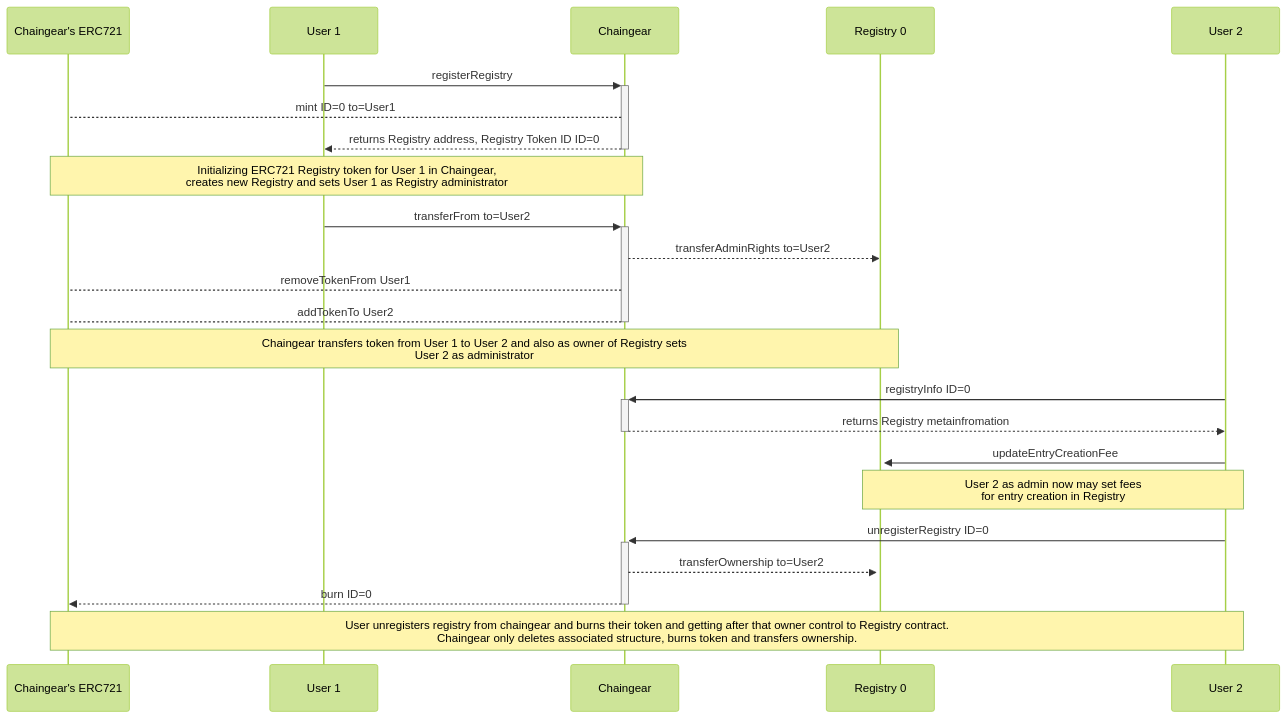
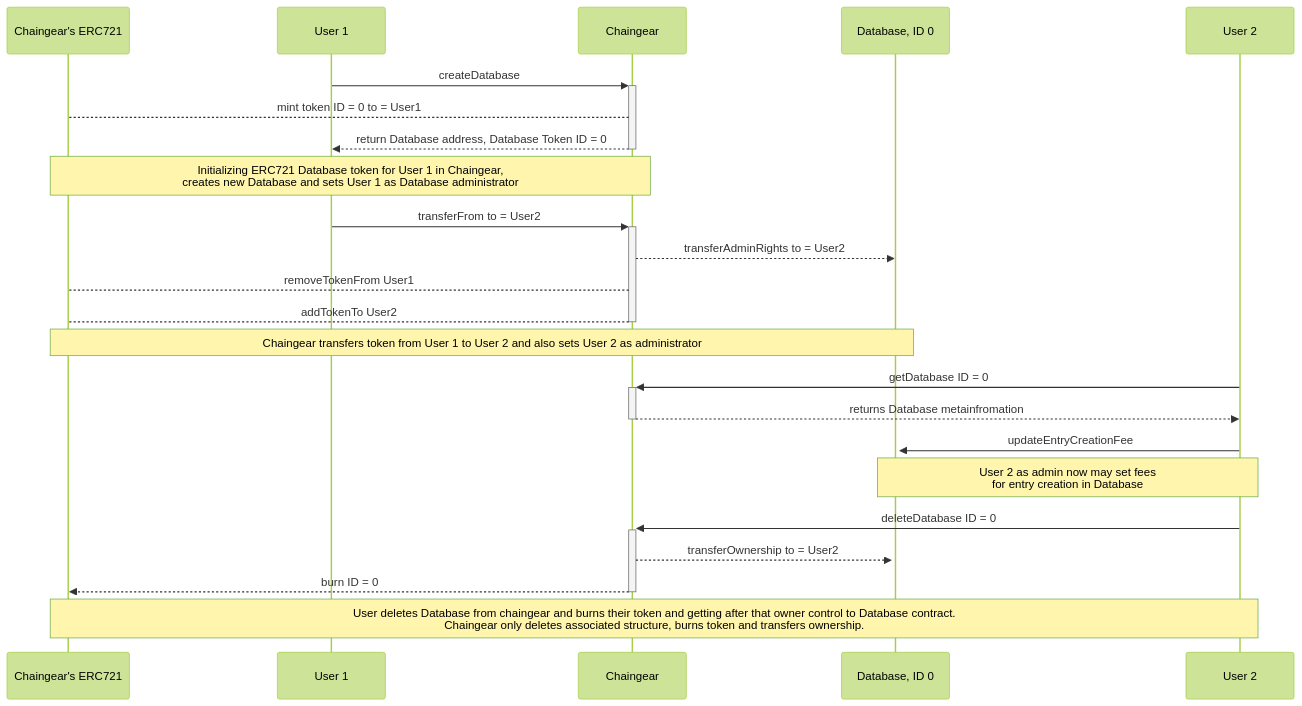
The diagram in docs/mermaid/origin/pipelines-chaingear_tokenized.mmd (cybercongress/chaingear), drawn with Mermaid (forest theme) before and after one commit. The commit also changed 51 other files, not shown here.

```diff
--- a/docs/mermaid/origin/pipelines-chaingear_tokenized.mmd
+++ b/docs/mermaid/origin/pipelines-chaingear_tokenized.mmd
@@ -1,29 +1,29 @@
 sequenceDiagram
     participant 721 as Chaingear's ERC721
     participant U1 as User 1
     participant CC as Chaingear
-    participant R as Registry 0
+    participant R as Database, ID 0
     participant U2 as User 2
 
     
-    U1->>+CC: registerRegistry
-    CC-->721: mint ID=0 to=User1
-    CC-->>-U1: returns Registry address, Registry Token ID ID=0
-    Note over 721, CC: Initializing ERC721 Registry token for User 1 in Chaingear, <br/> creates new Registry and sets User 1 as Registry administrator
+    U1->>+CC: createDatabase
+    CC-->721: mint token ID = 0 to = User1
+    CC-->>-U1: return Database address, Database Token ID = 0
+    Note over 721, CC: Initializing ERC721 Database token for User 1 in Chaingear, <br/> creates new Database and sets User 1 as Database administrator
     
-    U1->>+CC: transferFrom to=User2
-    CC-->>R: transferAdminRights to=User2
+    U1->>+CC: transferFrom to = User2
+    CC-->>R: transferAdminRights to = User2
     CC-->721: removeTokenFrom User1
     CC-->-721: addTokenTo User2
-    Note over 721, R: Chaingear transfers token from User 1 to User 2 and also as owner of Registry sets <br/> User 2 as administrator
+    Note over 721, R: Chaingear transfers token from User 1 to User 2 and also sets User 2 as administrator
     
-    U2->>+CC: registryInfo ID=0
-    CC-->>-U2: returns Registry metainfromation
+    U2->>+CC: getDatabase ID = 0
+    CC-->>-U2: returns Database metainfromation
     
     U2->>+R: updateEntryCreationFee
-    Note over U2, R: User 2 as admin now may set fees <br/> for entry creation in Registry
+    Note over U2, R: User 2 as admin now may set fees <br/> for entry creation in Database
     
-    U2->>+CC: unregisterRegistry ID=0
-    CC-->>R: transferOwnership to=User2
-    CC-->>-721: burn ID=0
-    Note over 721, U2: User unregisters registry from chaingear and burns their token and getting after that owner control to Registry contract. <br/> Chaingear only deletes associated structure, burns token and transfers ownership.
+    U2->>+CC: deleteDatabase ID = 0
+    CC-->>R: transferOwnership to = User2
+    CC-->>-721: burn ID = 0
+    Note over 721, U2: User deletes Database from chaingear and burns their token and getting after that owner control to Database contract. <br/> Chaingear only deletes associated structure, burns token and transfers ownership.
```
